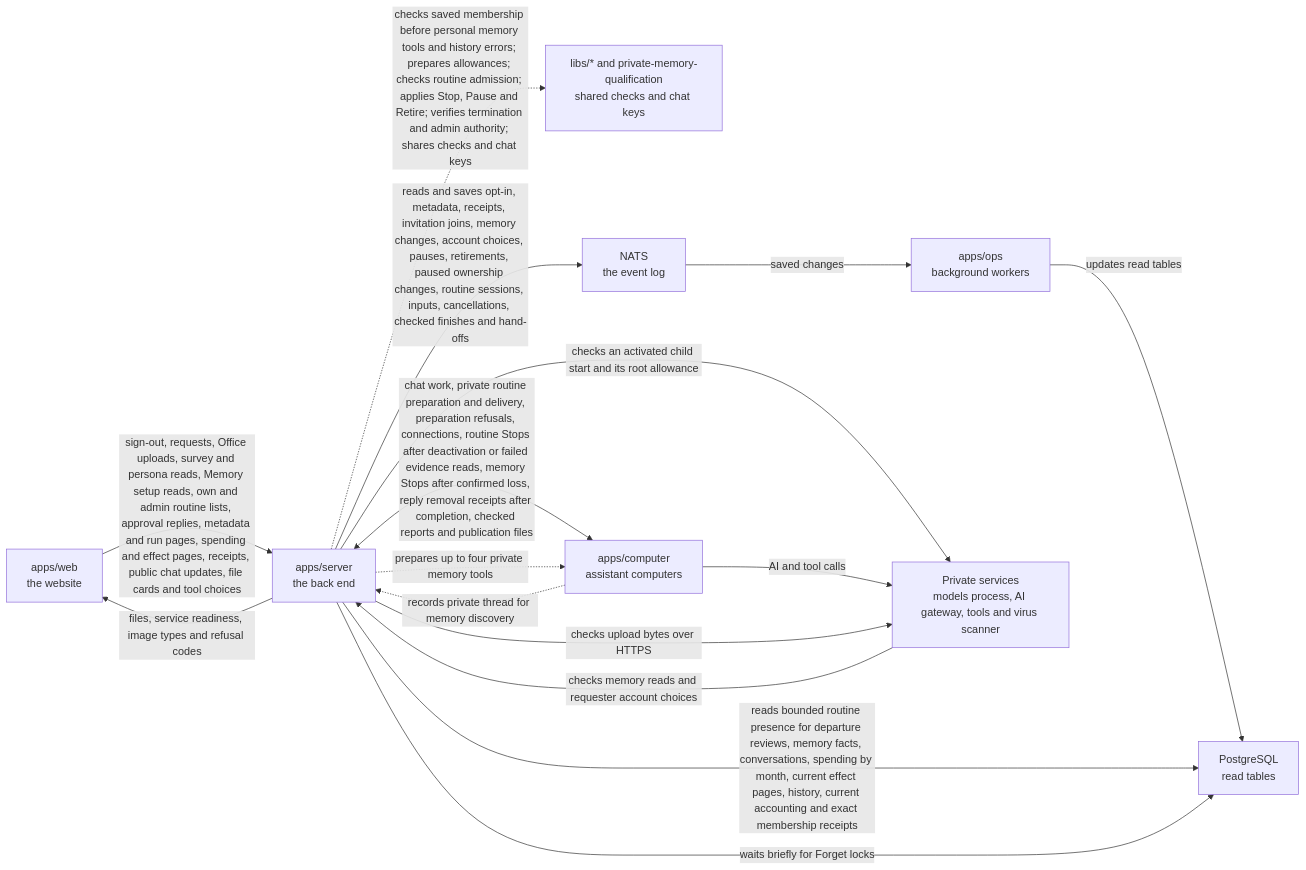
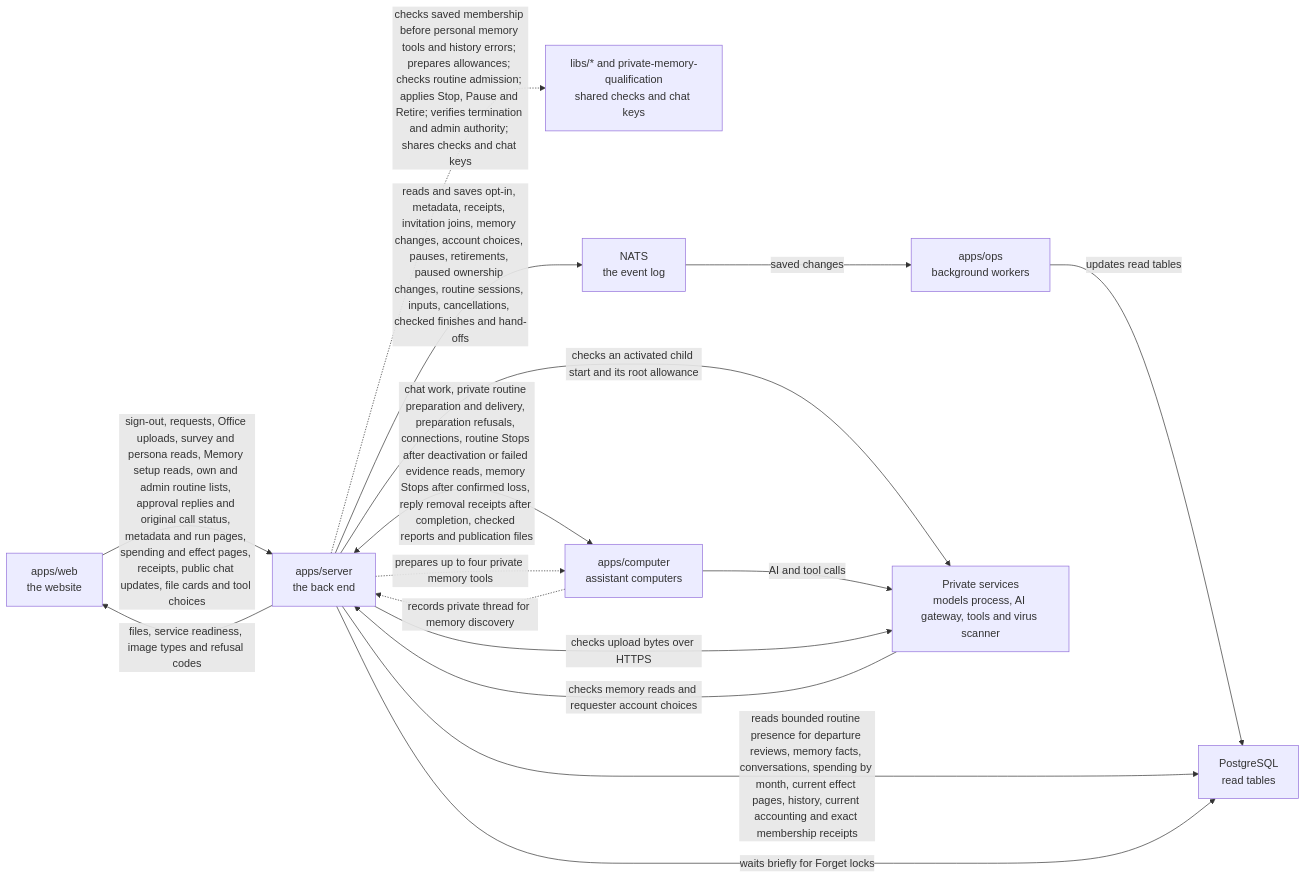
One commit to elewa-git/opencrane-new changed the diagram in apps/server/README.md. Above: the diagram before and after it, drawn with Mermaid. The commit also changed other lines of this file and 15 other files, not shown here.

Commit message:
🔎 Read saved original call status without sending work

````diff
--- a/apps/server/README.md
+++ b/apps/server/README.md
@@ -186,18 +188,18 @@
 ```mermaid
 flowchart LR
-  web["apps/web<br/>the website"] -->|sign-out, requests, Office uploads, survey and persona reads, Memory setup reads, own and admin routine lists, approval replies, metadata and run pages, spending and effect pages, receipts, public chat updates, file cards and tool choices| server["apps/server<br/>the back end"]
+  web["apps/web<br/>the website"] -->|sign-out, requests, Office uploads, survey and persona reads, Memory setup reads, own and admin routine lists, approval replies and original call status, metadata and run pages, spending and effect pages, receipts, public chat updates, file cards and tool choices| server["apps/server<br/>the back end"]
   server -.->|checks saved membership before personal memory tools and history errors; prepares allowances; checks routine admission; applies Stop, Pause and Retire; verifies termination and admin authority; shares checks and chat keys| libs["libs/* and private-memory-qualification<br/>shared checks and chat keys"]
   server -->|reads and saves opt-in, metadata, receipts, invitation joins, memory changes, account choices, pauses, retirements, paused ownership changes, routine sessions, inputs, cancellations, checked finishes and hand-offs| nats["NATS<br/>the event log"]
   nats -->|saved changes| ops["apps/ops<br/>background workers"]
   ops -->|updates read tables| postgres["PostgreSQL<br/>read tables"]
   server -->|reads bounded routine presence for departure reviews, memory facts, conversations, spending by month, current effect pages, history, current accounting and exact membership receipts| postgres
   server -->|waits briefly for Forget locks| postgres
   server <-->|chat work, private routine preparation and delivery, preparation refusals, connections, routine Stops after deactivation or failed evidence reads, memory Stops after confirmed loss, reply removal receipts after completion, checked reports and publication files| computer["apps/computer<br/>assistant computers"]
   server -->|checks an activated child start and its root allowance| runtime
   computer -.->|records private thread for memory discovery| server
   server -.->|prepares up to four private memory tools| computer
   computer -->|AI and tool calls| runtime["Private services<br/>models process, AI gateway, tools and virus scanner"]
   server -->|files, service readiness, image types and refusal codes| web
   server -->|checks upload bytes over HTTPS| runtime
   runtime -->|checks memory reads and requester account choices| server
 ```
````
